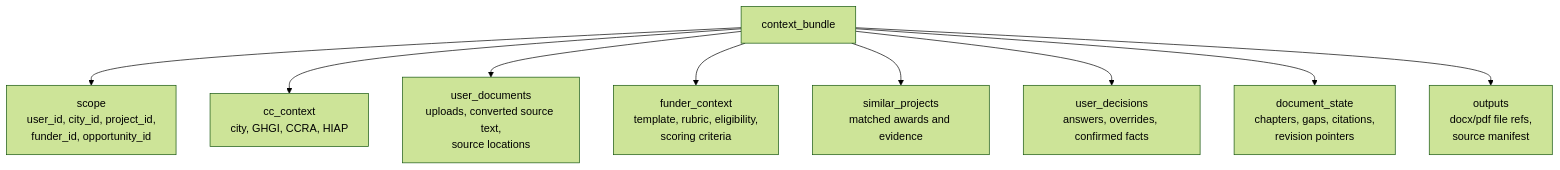
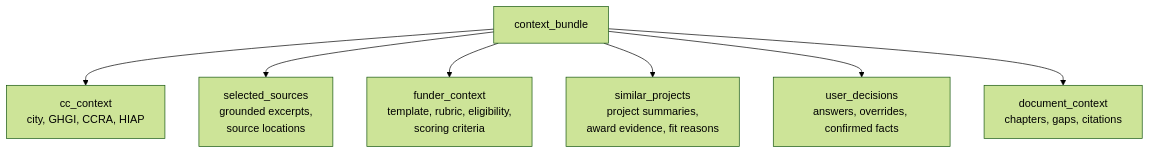
One commit to Open-Earth-Foundation/CityCatalyst changed the fifth of 15 diagrams in docs/ConceptNoteBuilderArchitecture.md. Above: the diagram before and after it, drawn with Mermaid (forest theme). The commit also changed other lines of this file, not shown here.

Commit message:
docs: remove ids from context bundle shape

````diff
--- a/docs/ConceptNoteBuilderArchitecture.md
+++ b/docs/ConceptNoteBuilderArchitecture.md
@@ -282,12 +282,10 @@
 ```mermaid
 flowchart TB
     Bundle["context_bundle"]
-    Bundle --> Scope["scope<br/>user_id, city_id, project_id,<br/>funder_id, opportunity_id"]
     Bundle --> CCSummary["cc_context<br/>city, GHGI, CCRA, HIAP"]
-    Bundle --> UserDocs["user_documents<br/>uploads, converted source text,<br/>source locations"]
+    Bundle --> Sources["selected_sources<br/>grounded excerpts,<br/>source locations"]
     Bundle --> Funder["funder_context<br/>template, rubric, eligibility,<br/>scoring criteria"]
-    Bundle --> Examples["similar_projects<br/>matched awards and evidence"]
+    Bundle --> Examples["similar_projects<br/>project summaries,<br/>award evidence, fit reasons"]
     Bundle --> Decisions["user_decisions<br/>answers, overrides, confirmed facts"]
-    Bundle --> Draft["document_state<br/>chapters, gaps, citations,<br/>revision pointers"]
-    Bundle --> Export["outputs<br/>docx/pdf file refs,<br/>source manifest"]
+    Bundle --> Draft["document_context<br/>chapters, gaps, citations"]
 ```
````
